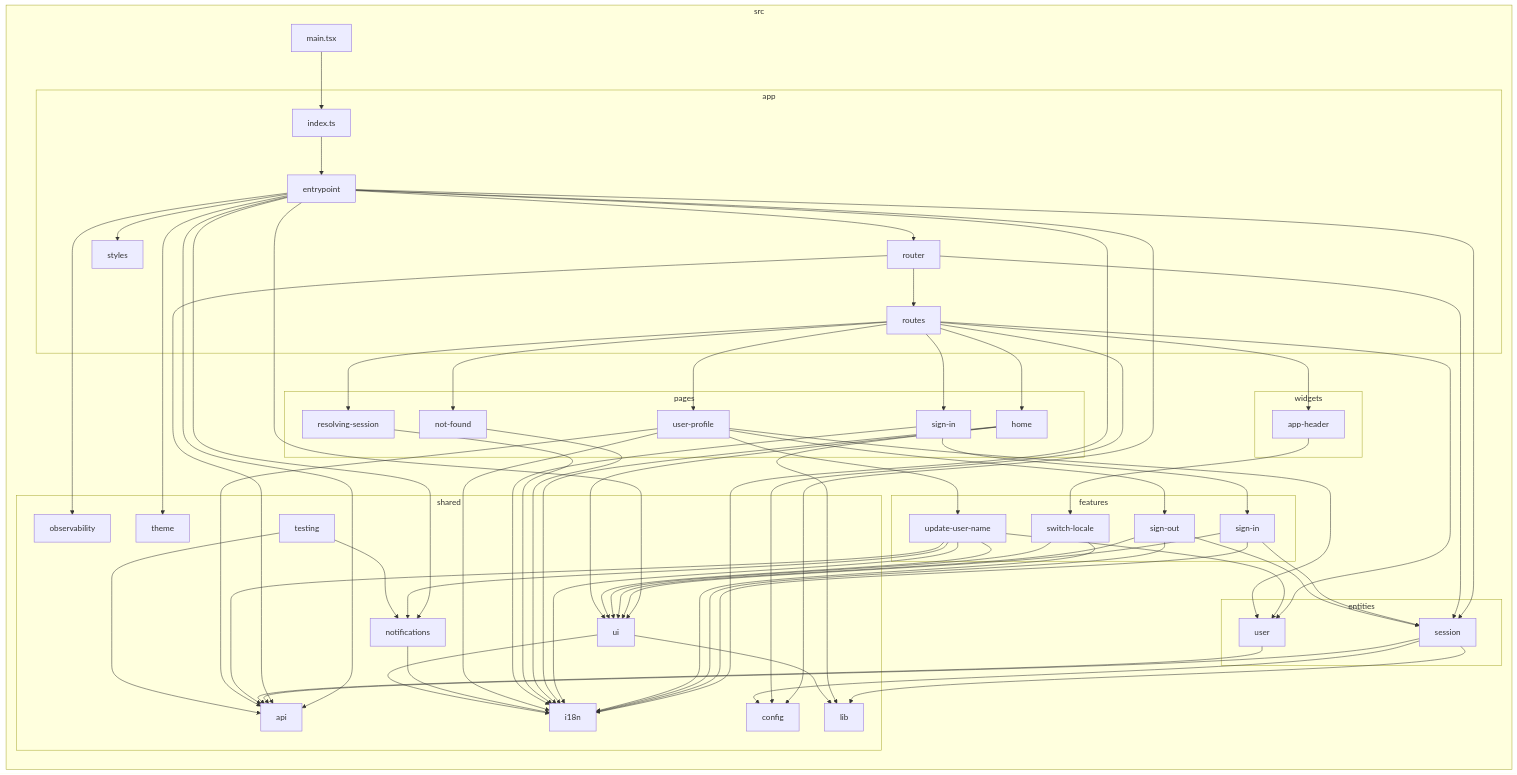
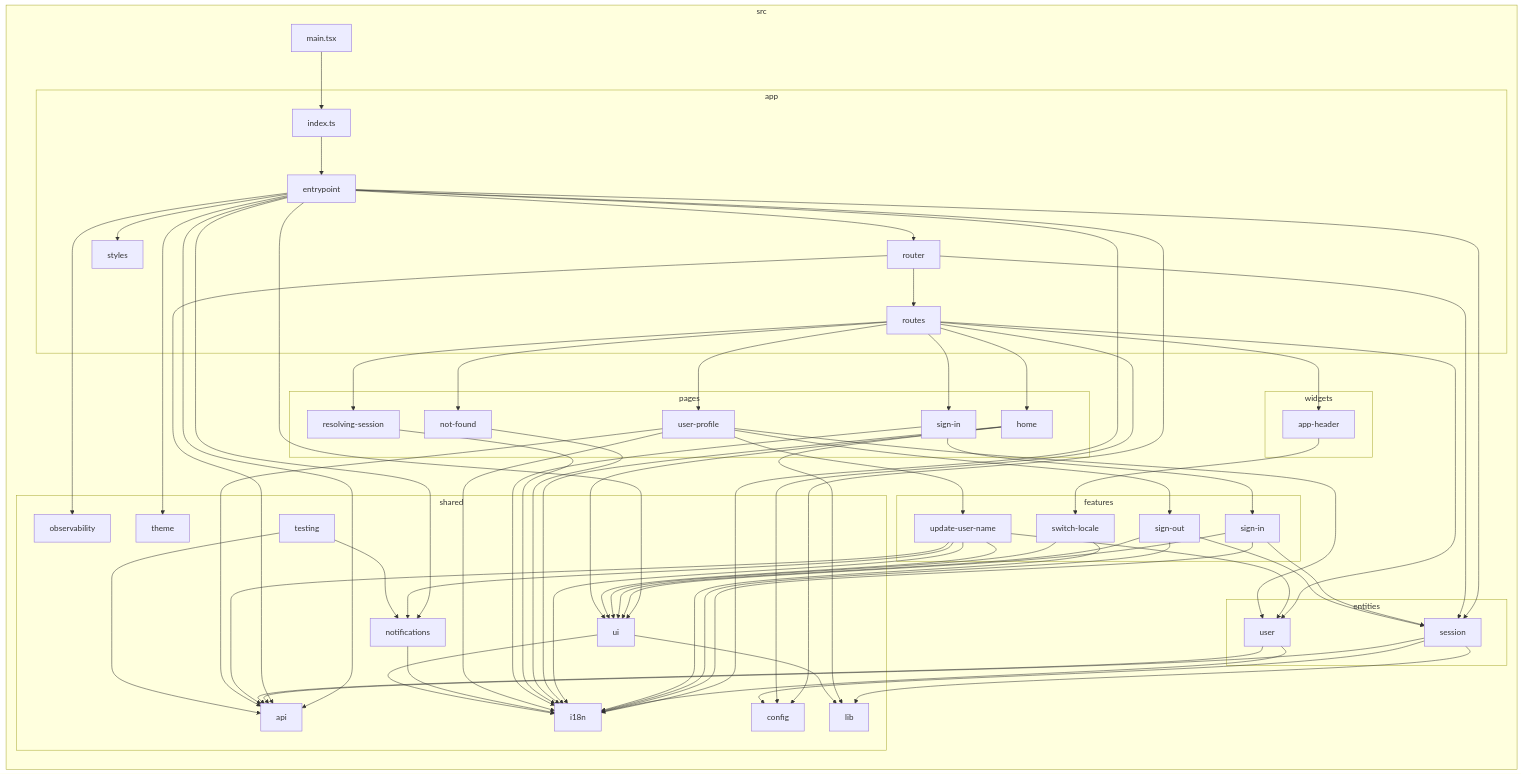
The diagram in docs/architecture-graph.md (khusenov/frontend-boilerplate), drawn with Mermaid before and after one commit. The commit also changed 47 other files, not shown here.

```diff
--- a/docs/architecture-graph.md
+++ b/docs/architecture-graph.md
@@ -68,6 +68,7 @@
 8-->O
 8-->Q
 9-->N
+9-->P
 B-->P
 B-->8
 B-->V
```
